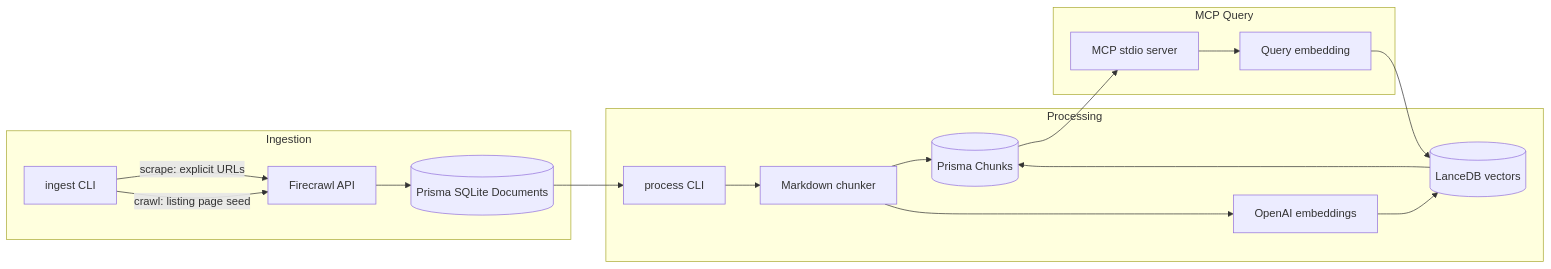
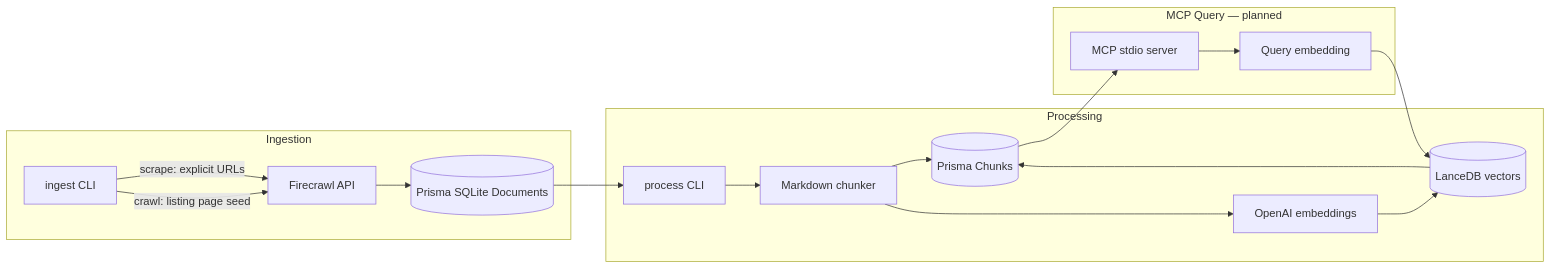
The diagram in README.md (AdityaGoyal1999/Agentic-Knowledge-Engine), drawn with Mermaid before and after one commit. The commit also changed other lines of this file, not shown here.

````diff
--- a/README.md
+++ b/README.md
@@ -67,29 +65,29 @@
 ```mermaid
 flowchart LR
   subgraph ingest [Ingestion]
     CLI[ingest CLI]
     FC[Firecrawl API]
     CLI -->|"scrape: explicit URLs"| FC
     CLI -->|"crawl: listing page seed"| FC
     FC --> DocTable[(Prisma SQLite Documents)]
   end
 
   subgraph process [Processing]
     ProcCLI[process CLI]
     Chunker[Markdown chunker]
     Embed[OpenAI embeddings]
     ChunkTable[(Prisma Chunks)]
     Vectors[(LanceDB vectors)]
     DocTable --> ProcCLI
     ProcCLI --> Chunker --> ChunkTable
     Chunker --> Embed --> Vectors
   end
 
-  subgraph query [MCP Query]
+  subgraph query [MCP Query — planned]
     MCP[MCP stdio server]
     QueryEmbed[Query embedding]
     MCP --> QueryEmbed --> Vectors
     Vectors --> ChunkTable
     ChunkTable --> MCP
   end
 ```
````
